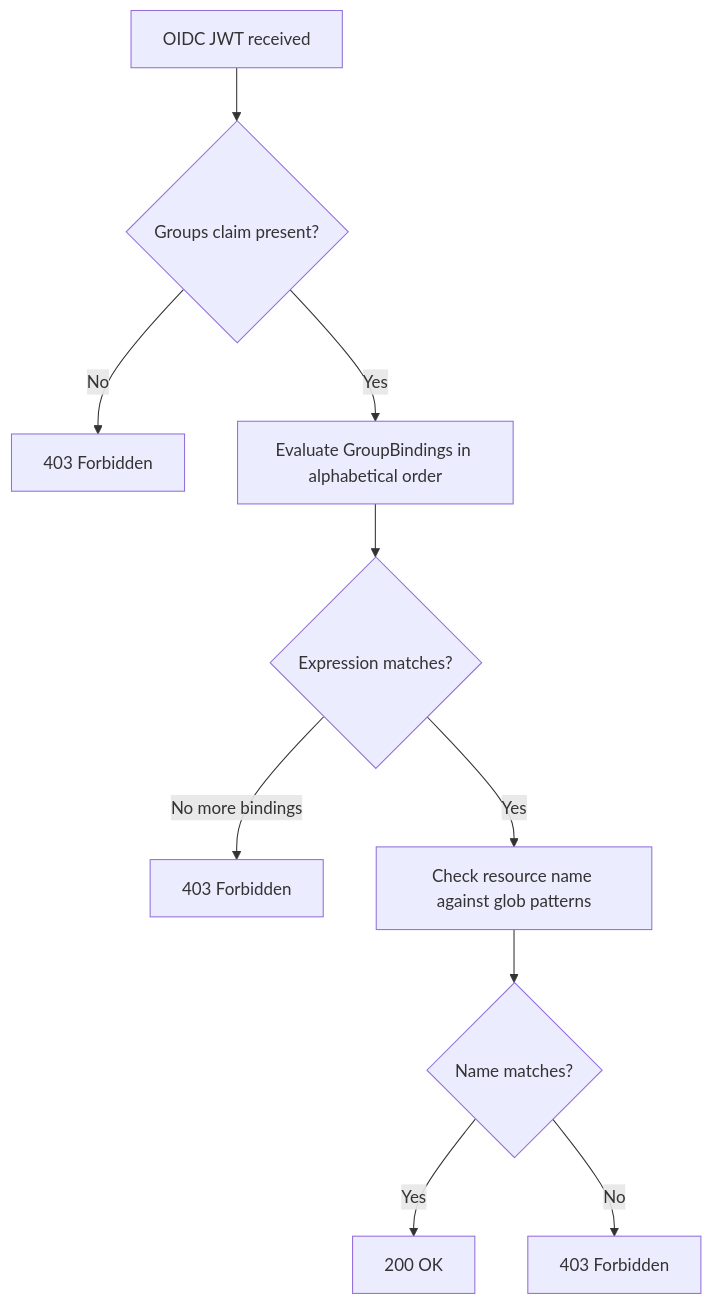
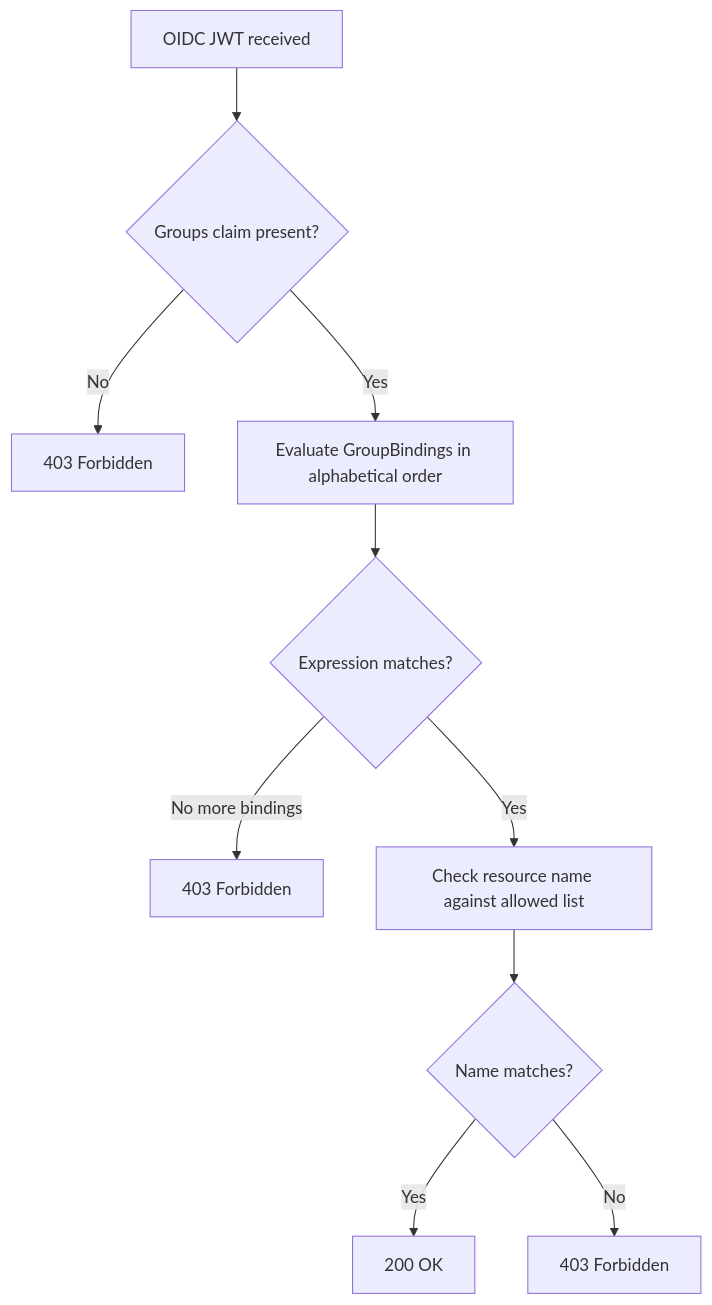
The diagram in docs/guides/groupbinding.md (tonedefdev/opendepot), drawn with Mermaid before and after one commit. The commit also changed 2 other files, not shown here.

Commit message:
Made further updates to docs to clarify how to setup local testing for the OIDC auth flow via dex and ensure users know that dex must be exposed for tofu login to function

````diff
--- a/docs/guides/groupbinding.md
+++ b/docs/guides/groupbinding.md
@@ -17,12 +17,12 @@
 ```mermaid
 flowchart TD
     A[OIDC JWT received] --> B{Groups claim present?}
     B -- No --> C[403 Forbidden]
     B -- Yes --> D[Evaluate GroupBindings in alphabetical order]
     D --> E{Expression matches?}
     E -- No more bindings --> F[403 Forbidden]
-    E -- Yes --> G[Check resource name against glob patterns]
+    E -- Yes --> G[Check resource name against allowed list]
     G --> H{Name matches?}
     H -- Yes --> I[200 OK]
     H -- No --> J[403 Forbidden]
 ```
````
